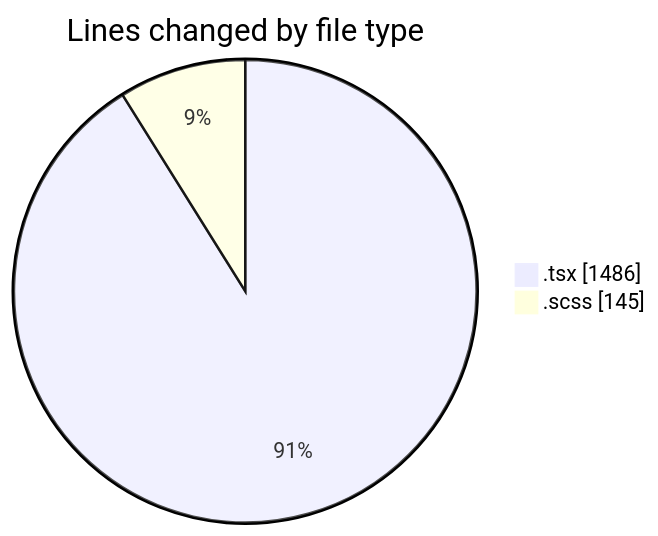
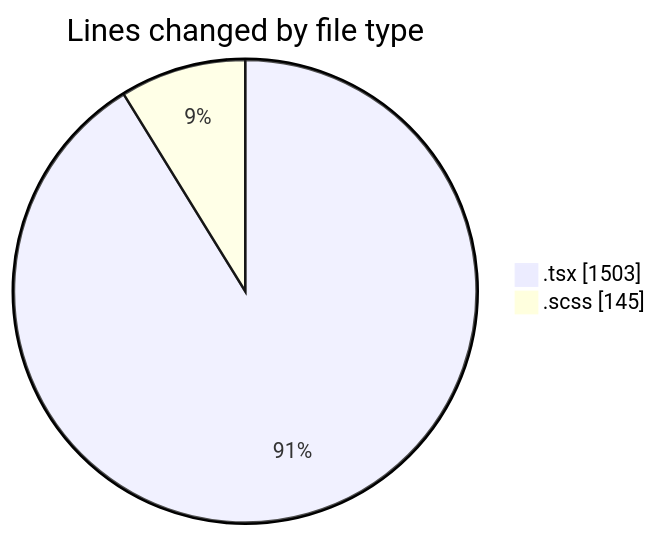
The first of 2 diagrams in 2025-03-20/cda/README.md (momahboobian/code-tracking), drawn with Mermaid before and after one commit. The commit also changed other lines of this file and 1 other file, not shown here.

````diff
--- a/2025-03-20/cda/README.md
+++ b/2025-03-20/cda/README.md
@@ -23,6 +23,6 @@
 ```mermaid
 pie showData
 title Lines changed by file type
-".tsx" : 1486
+".tsx" : 1503
 ".scss" : 145
 ```
````
